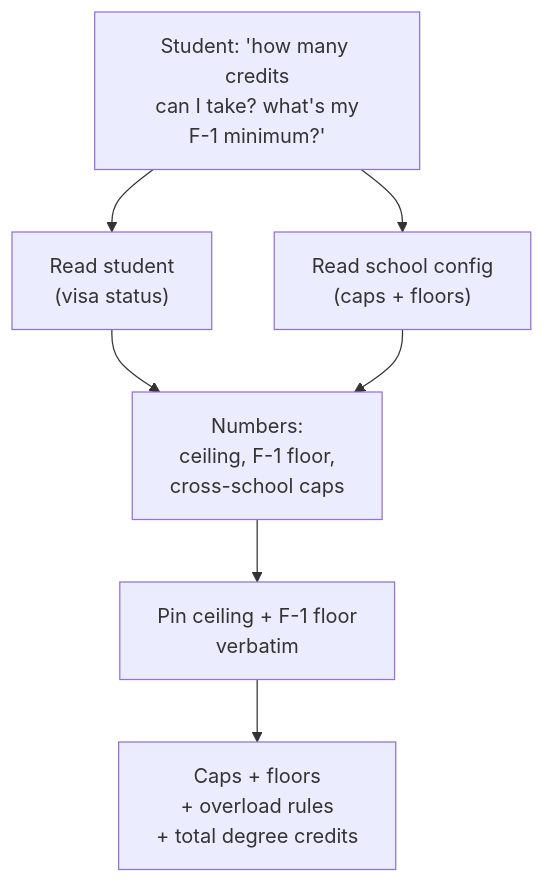
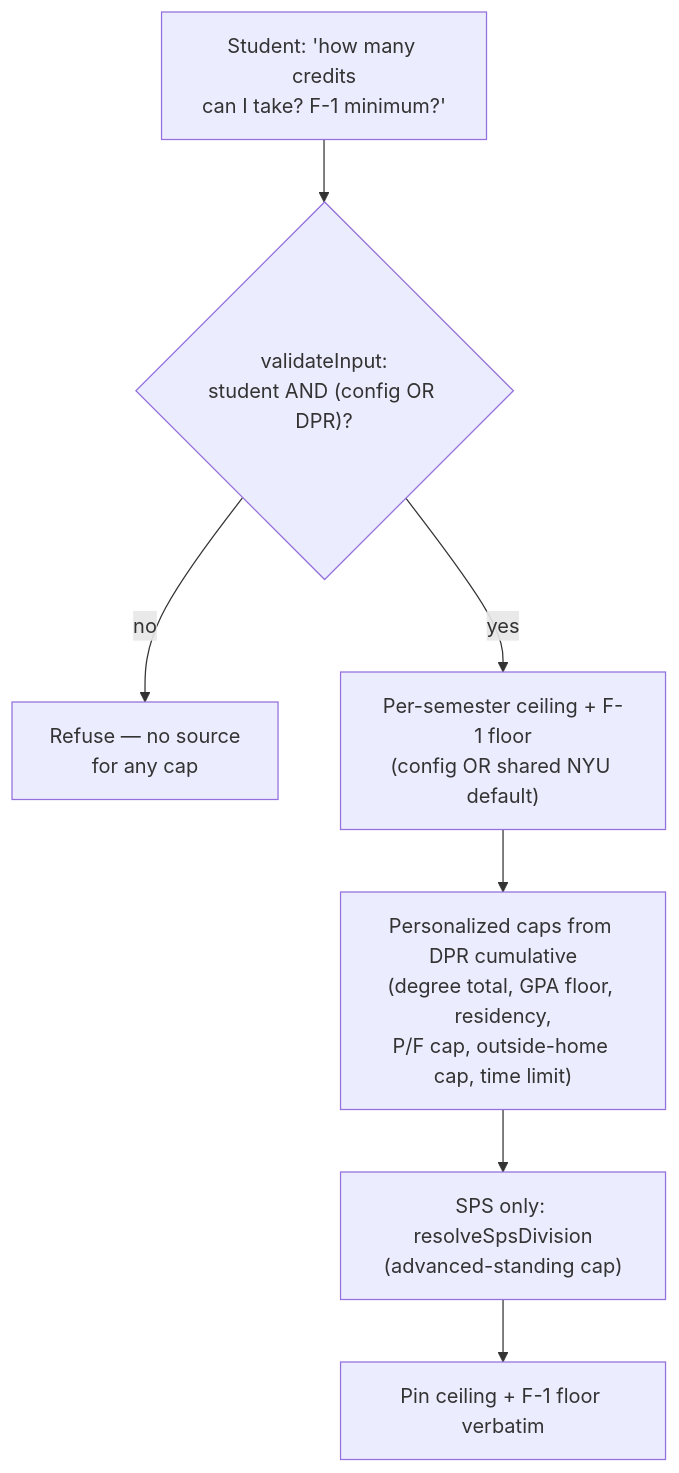
The first of 2 diagrams in Docs/current-system/tools/get_credit_caps.md (EdoardoMongardi/NYU_Path), drawn with Mermaid before and after one commit. The commit also changed other lines of this file and 73 other files, not shown here.

````diff
--- a/Docs/current-system/tools/get_credit_caps.md
+++ b/Docs/current-system/tools/get_credit_caps.md
@@ -17,12 +22,13 @@
 ```mermaid
 flowchart TD
-    Q["Student: 'how many credits<br/>can I take? what's my<br/>F-1 minimum?'"]
-    PROF["Read student<br/>(visa status)"]
-    CFG["Read school config<br/>(caps + floors)"]
-    NUMS["Numbers:<br/>ceiling, F-1 floor,<br/>cross-school caps"]
-    PIN["Pin ceiling + F-1 floor<br/>verbatim"]
-    OUT["Caps + floors<br/>+ overload rules<br/>+ total degree credits"]
-    Q --> PROF --> NUMS
-    Q --> CFG --> NUMS
-    NUMS --> PIN --> OUT
+    Q["Student: 'how many credits<br/>can I take? F-1 minimum?'"]
+    V{"validateInput:<br/>student AND (config OR DPR)?"}
+    REJ["Refuse — no source<br/>for any cap"]
+    CEIL["Per-semester ceiling + F-1 floor<br/>(config OR shared NYU default)"]
+    DPRF["Personalized caps from DPR cumulative<br/>(degree total, GPA floor, residency,<br/>P/F cap, outside-home cap, time limit)"]
+    SPS["SPS only: resolveSpsDivision<br/>(advanced-standing cap)"]
+    PIN["Pin ceiling + F-1 floor verbatim"]
+    Q --> V
+    V -- no --> REJ
+    V -- yes --> CEIL --> DPRF --> SPS --> PIN
 ```
````
